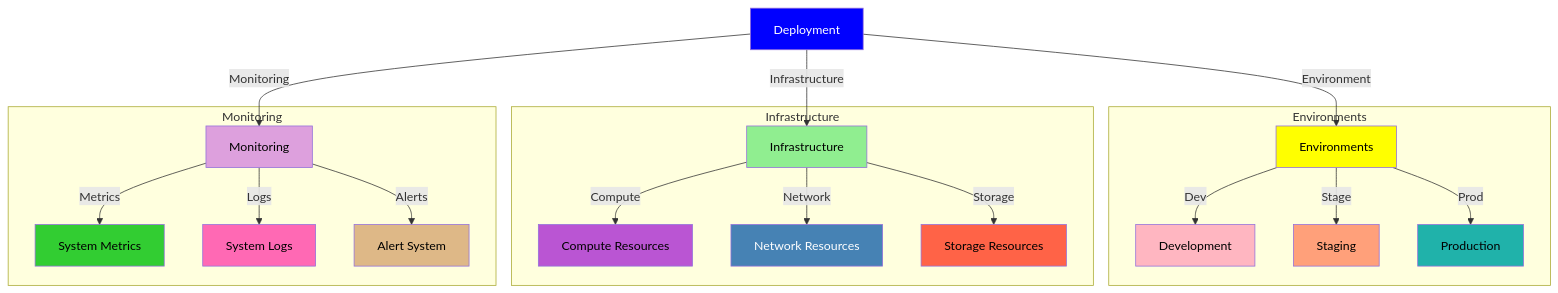
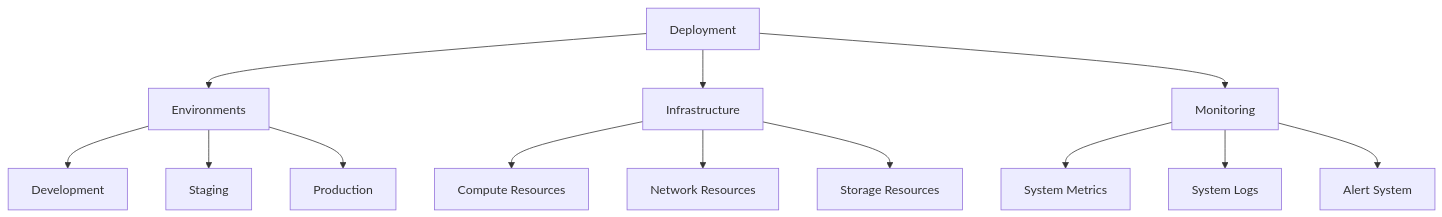
One commit to MEMEFANS/memefans changed the fifth of 6 diagrams in docs/whitepaper/technical-architecture.md. Above: the diagram before and after it, drawn with Mermaid. The commit also changed other lines of this file and 1 other file, not shown here.

Commit message:
fix: optimize mermaid flowcharts format and rendering

````diff
--- a/docs/whitepaper/technical-architecture.md
+++ b/docs/whitepaper/technical-architecture.md
@@ -321,38 +166,18 @@
-<div class="mermaid">
+```mermaid
 graph TD
-    A[Deployment] -->|Environment| B[Environments]
-    A -->|Infrastructure| C[Infrastructure]
-    A -->|Monitoring| D[Monitoring]
+    A[Deployment] --> B[Environments]
+    A --> C[Infrastructure]
+    A --> D[Monitoring]
     
-    subgraph Environments
-    B -->|Dev| E[Development]
-    B -->|Stage| F[Staging]
-    B -->|Prod| G[Production]
-    end
+    B --> B1[Development]
+    B --> B2[Staging]
+    B --> B3[Production]
     
-    subgraph Infrastructure
-    C -->|Compute| H[Compute Resources]
-    C -->|Network| I[Network Resources]
-    C -->|Storage| J[Storage Resources]
-    end
+    C --> C1[Compute Resources]
+    C --> C2[Network Resources]
+    C --> C3[Storage Resources]
     
-    subgraph Monitoring
-    D -->|Metrics| K[System Metrics]
-    D -->|Logs| L[System Logs]
-    D -->|Alerts| M[Alert System]
-    end
-    
-    style A fill:#0000FF,color:#FFFFFF
-    style B fill:#FFFF00,color:#000000
-    style C fill:#90EE90,color:#000000
-    style D fill:#DDA0DD,color:#000000
-    style E fill:#FFB6C1,color:#000000
-    style F fill:#FFA07A,color:#000000
-    style G fill:#20B2AA,color:#000000
-    style H fill:#BA55D3,color:#000000
-    style I fill:#4682B4,color:#FFFFFF
-    style J fill:#FF6347,color:#000000
-    style K fill:#32CD32,color:#000000
-    style L fill:#FF69B4,color:#000000
-    style M fill:#DEB887,color:#000000
-</div>
+    D --> D1[System Metrics]
+    D --> D2[System Logs]
+    D --> D3[Alert System]
+```
````
